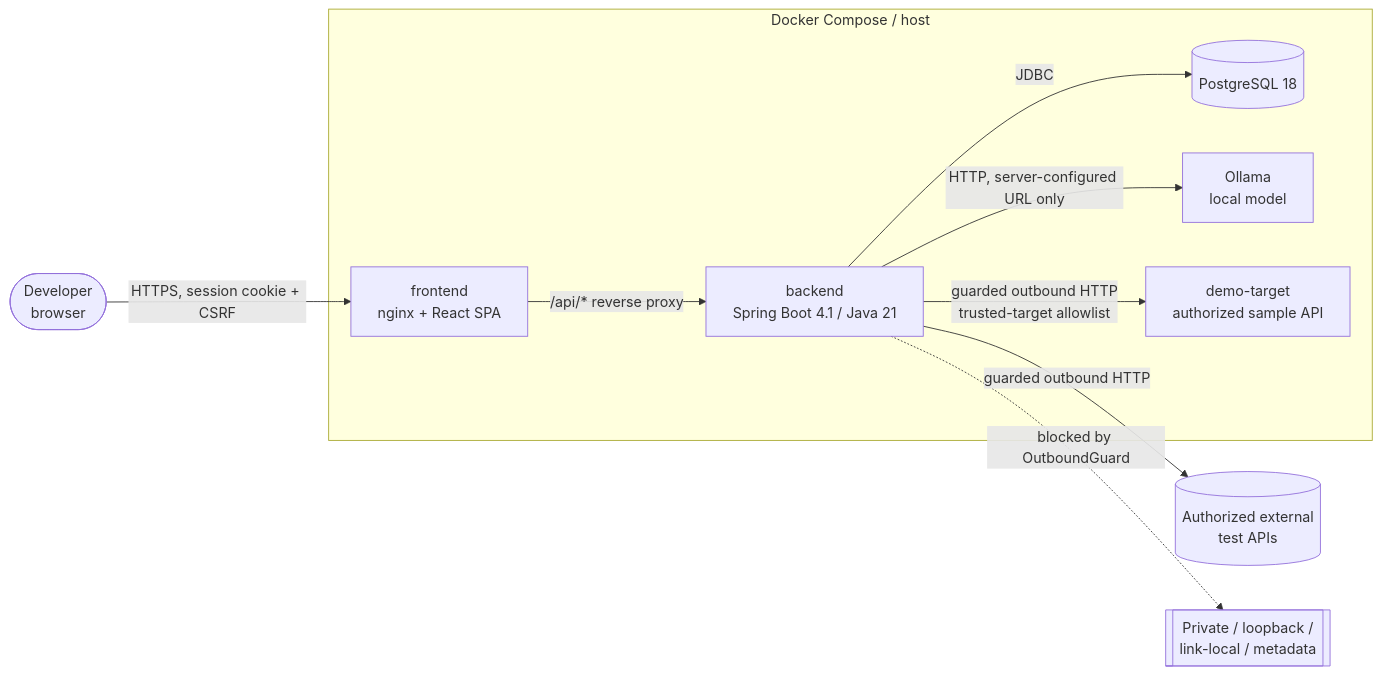
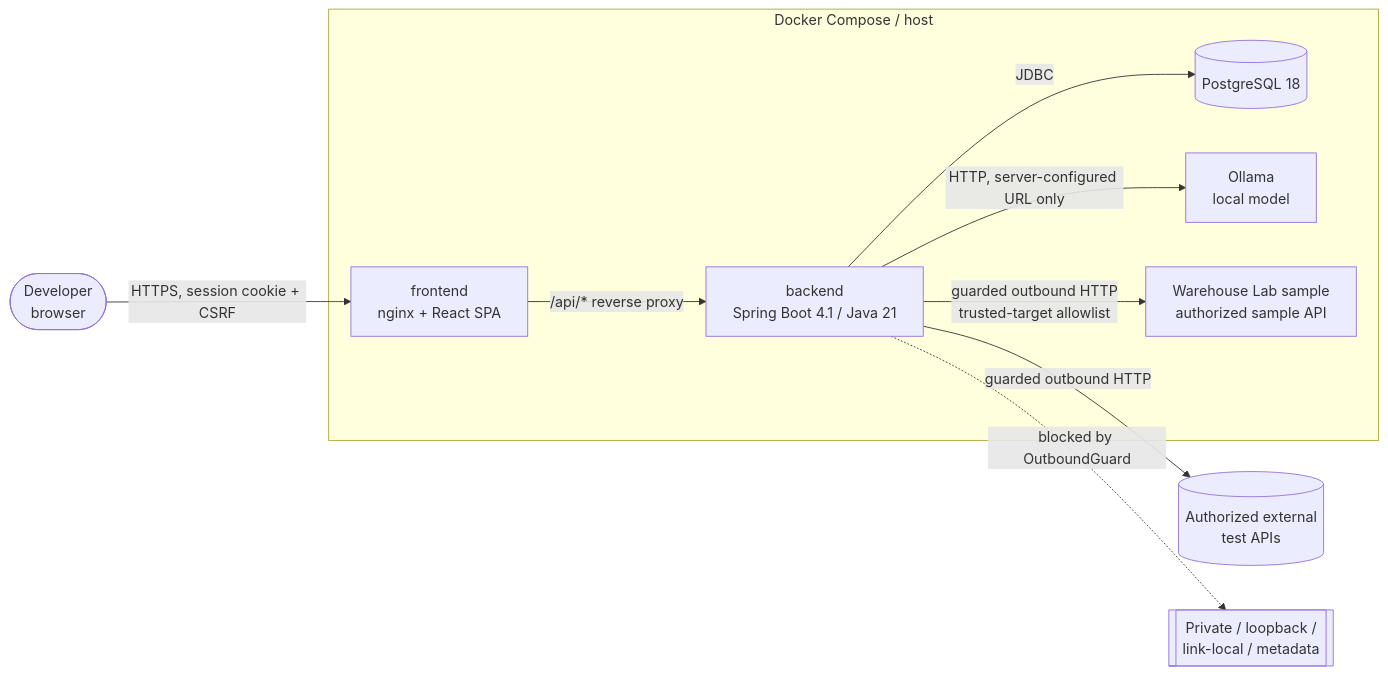
One commit to alifsafiuddin/APIForge changed the first of 5 diagrams in docs/ARCHITECTURE.md. Above: the diagram before and after it, drawn with Mermaid. The commit also changed other lines of this file and 51 other files, not shown here.

````diff
--- a/docs/ARCHITECTURE.md
+++ b/docs/ARCHITECTURE.md
@@ -26,21 +26,21 @@
 ```mermaid
 flowchart LR
     dev([Developer<br/>browser])
     subgraph compose[Docker Compose / host]
         web[frontend<br/>nginx + React SPA]
         api[backend<br/>Spring Boot 4.1 / Java 21]
         db[(PostgreSQL 18)]
         llm[Ollama<br/>local model]
-        demo[demo-target<br/>authorized sample API]
+        demo[Warehouse Lab sample<br/>authorized sample API]
     end
     ext[(Authorized external<br/>test APIs)]
     blocked[[Private / loopback /<br/>link-local / metadata]]
 
     dev -- HTTPS, session cookie + CSRF --> web
     web -- /api/* reverse proxy --> api
     api -- JDBC --> db
     api -- HTTP, server-configured URL only --> llm
     api -- guarded outbound HTTP --> ext
     api -- guarded outbound HTTP<br/>trusted-target allowlist --> demo
     api -. blocked by OutboundGuard .-> blocked
 ```
````
